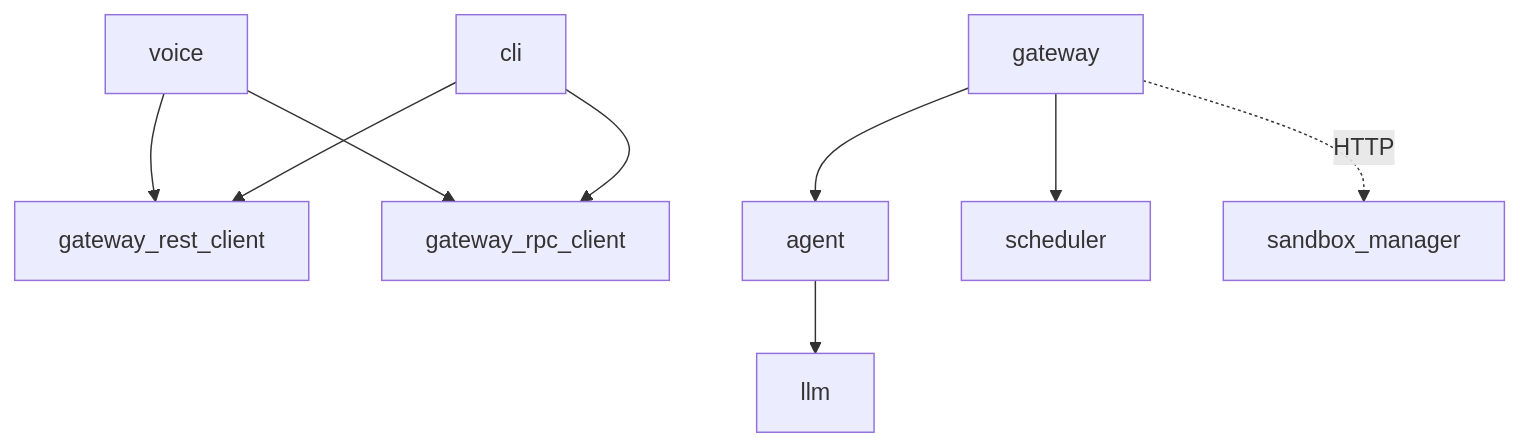
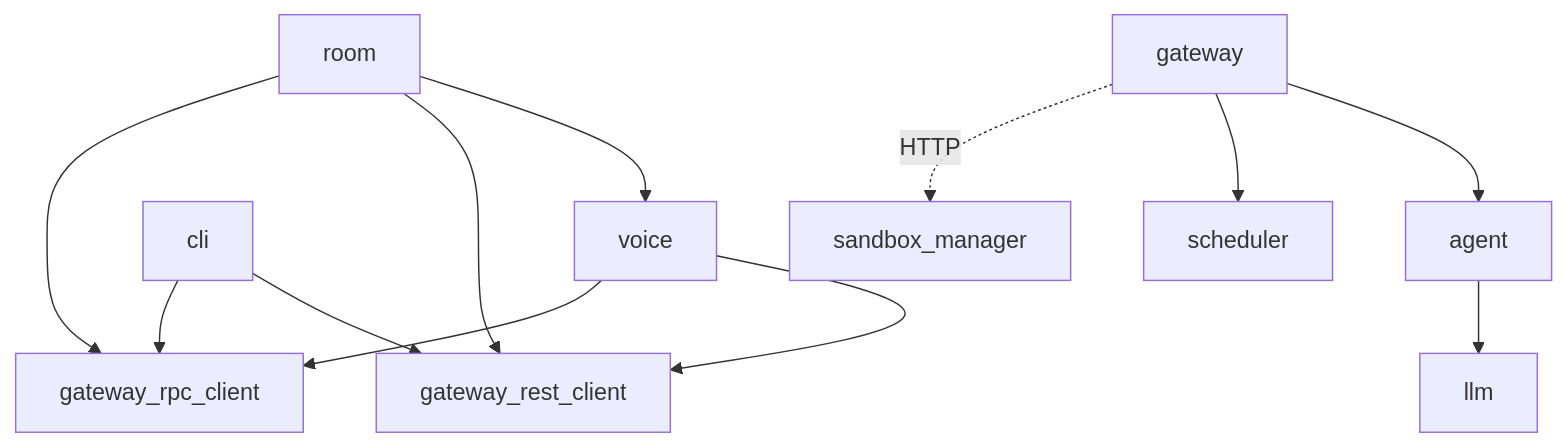
Before and after one commit to mathisarends/cara: the second of 2 diagrams in README.md, drawn with Mermaid. The commit also changed other lines of this file and 171 other files, not shown here.

Commit message:
Integrate voice into room runtime

````diff
--- a/README.md
+++ b/README.md
@@ -87,17 +87,20 @@
 ```mermaid
 flowchart TD
+    room --> voice
+    room --> gateway_rest_client
+    room --> gateway_rpc_client
     voice --> gateway_rest_client
     voice --> gateway_rpc_client
     cli --> gateway_rest_client
     cli --> gateway_rpc_client
     gateway --> agent
     gateway --> scheduler
     agent --> llm
     gateway -.->|"HTTP"| sandbox_manager
 
     gateway_rest_client
     gateway_rpc_client
     sandbox_manager
     scheduler
     llm
 ```
````
